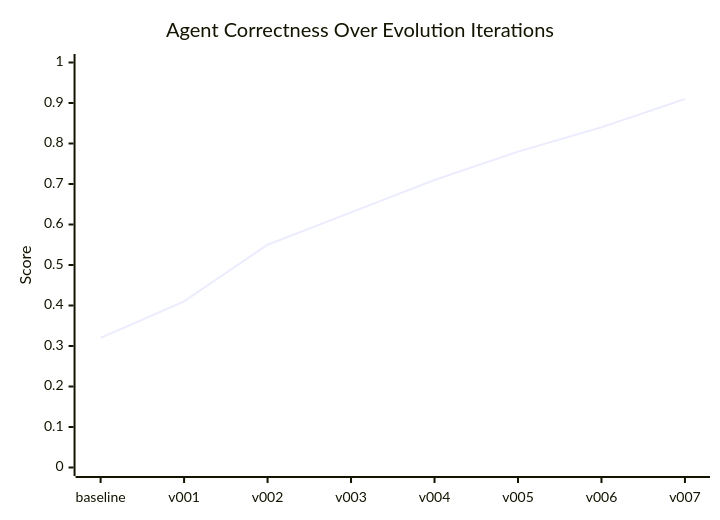
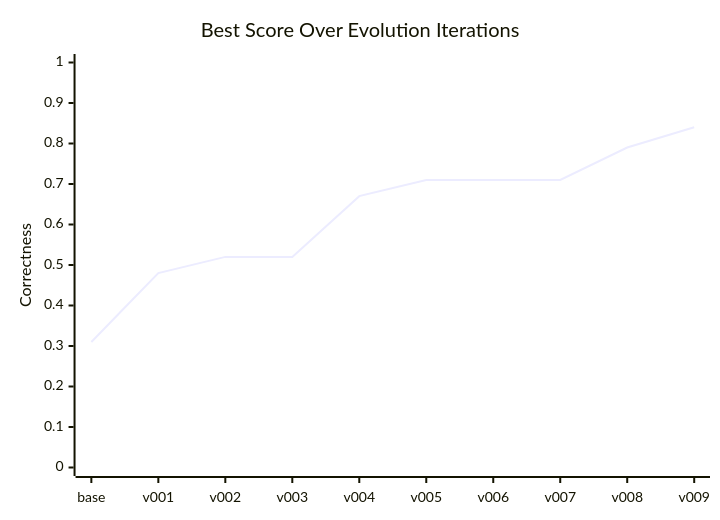
One commit to raphaelchristi/harness-evolver changed the diagram in README.md. Above: the diagram before and after it, drawn with Mermaid. The commit also changed other lines of this file, not shown here.

First line of the commit message:
docs: realistic evolution progression with plateaus and rejections

````diff
--- a/README.md
+++ b/README.md
@@ -55,7 +55,7 @@
 ```mermaid
 xychart-beta
-    title "Agent Correctness Over Evolution Iterations"
-    x-axis ["baseline", "v001", "v002", "v003", "v004", "v005", "v006", "v007"]
-    y-axis "Score" 0 --> 1
-    line [0.32, 0.41, 0.55, 0.63, 0.71, 0.78, 0.84, 0.91]
+    title "Best Score Over Evolution Iterations"
+    x-axis ["base", "v001", "v002", "v003", "v004", "v005", "v006", "v007", "v008", "v009"]
+    y-axis "Correctness" 0 --> 1
+    line [0.31, 0.48, 0.52, 0.52, 0.67, 0.71, 0.71, 0.71, 0.79, 0.84]
 ```
````
